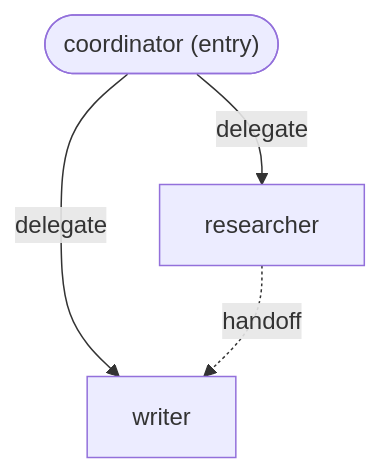
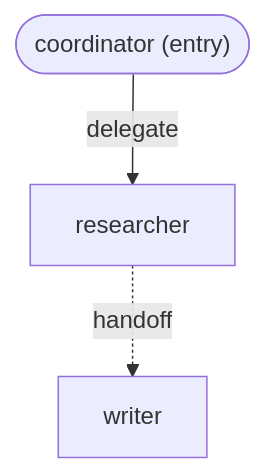
Before and after one commit to Mehul-Gupta-SMH/CommonADK: the diagram in examples/research-crew/common/interaction-layer.md, drawn with Mermaid. The commit also changed 12 other files, not shown here.

````diff
--- a/examples/research-crew/common/interaction-layer.md
+++ b/examples/research-crew/common/interaction-layer.md
@@ -7,9 +7,8 @@
 ```mermaid
 flowchart TD
     coordinator(["coordinator (entry)"])
     researcher["researcher"]
     writer["writer"]
     coordinator -- delegate --> researcher
-    coordinator -- delegate --> writer
     researcher -. handoff .-> writer
 ```
````
